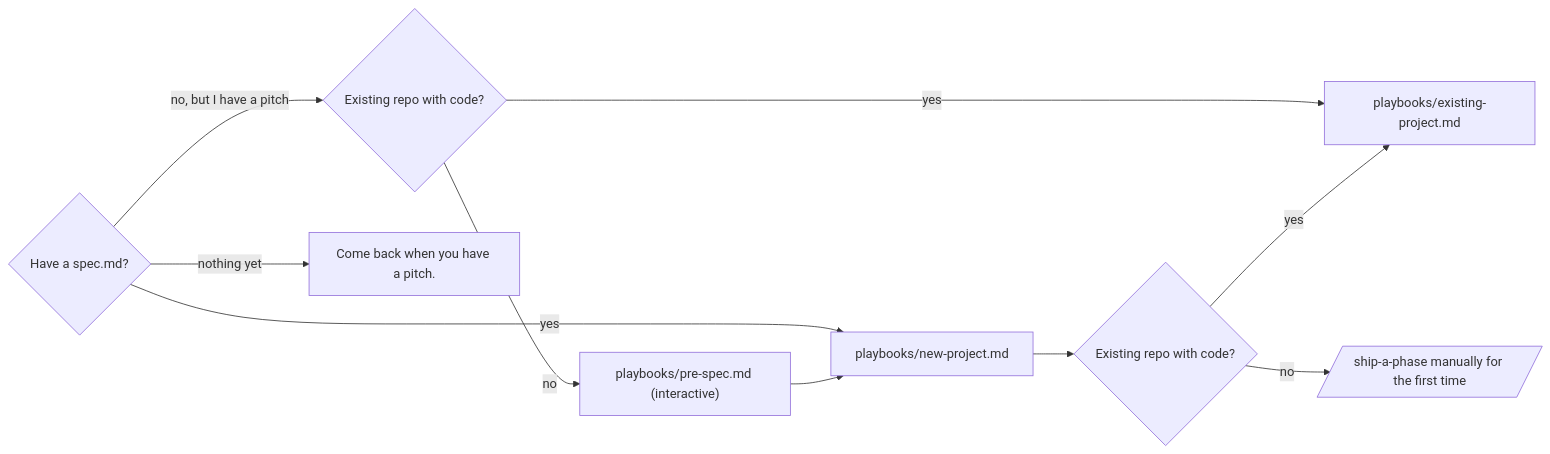
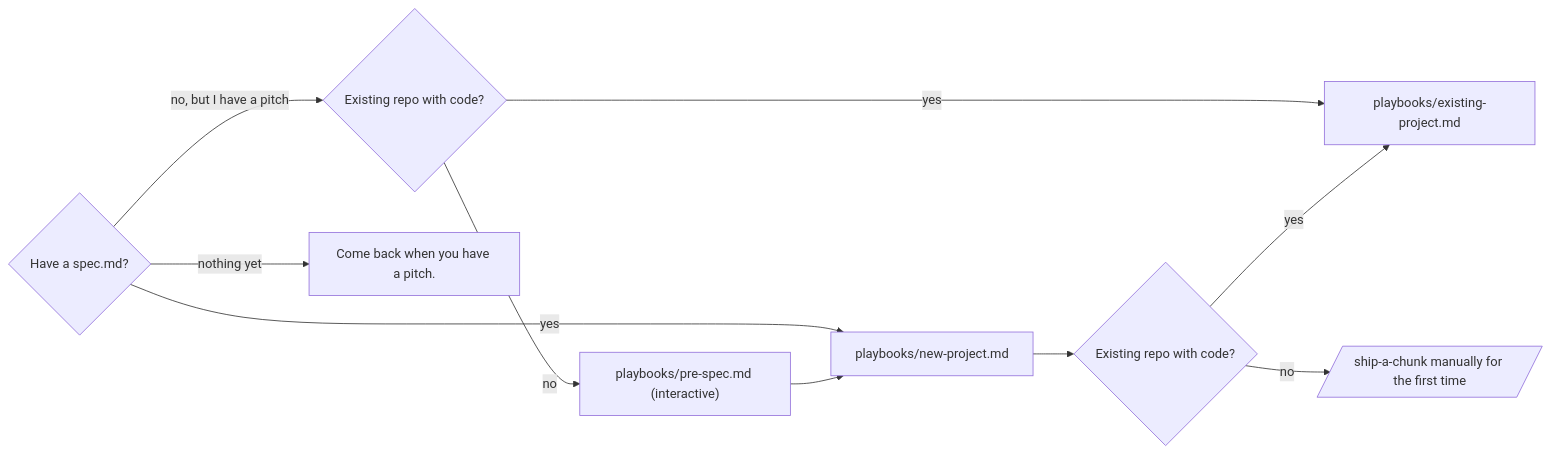
One commit to daretodave/nexus changed the diagram in README.md. Above: the diagram before and after it, drawn with Mermaid. The commit also changed other lines of this file and 63 other files, not shown here.

````diff
--- a/README.md
+++ b/README.md
@@ -274,12 +275,12 @@
 ```mermaid
 flowchart LR
   spec{Have a spec.md?} -- yes --> green["playbooks/new-project.md"]
   spec -- "no, but I have a pitch" --> pitch_check{Existing repo with code?}
   spec -- nothing yet --> think[Come back when you have a pitch.]
   pitch_check -- yes --> brown["playbooks/existing-project.md"]
   pitch_check -- no --> presp["playbooks/pre-spec.md (interactive)"]
   presp --> green
   green --> brown_check{Existing repo with code?}
   brown_check -- yes --> brown
-  brown_check -- no --> ship[/ship-a-phase manually for the first time/]
+  brown_check -- no --> ship[/ship-a-chunk manually for the first time/]
 ```
````
